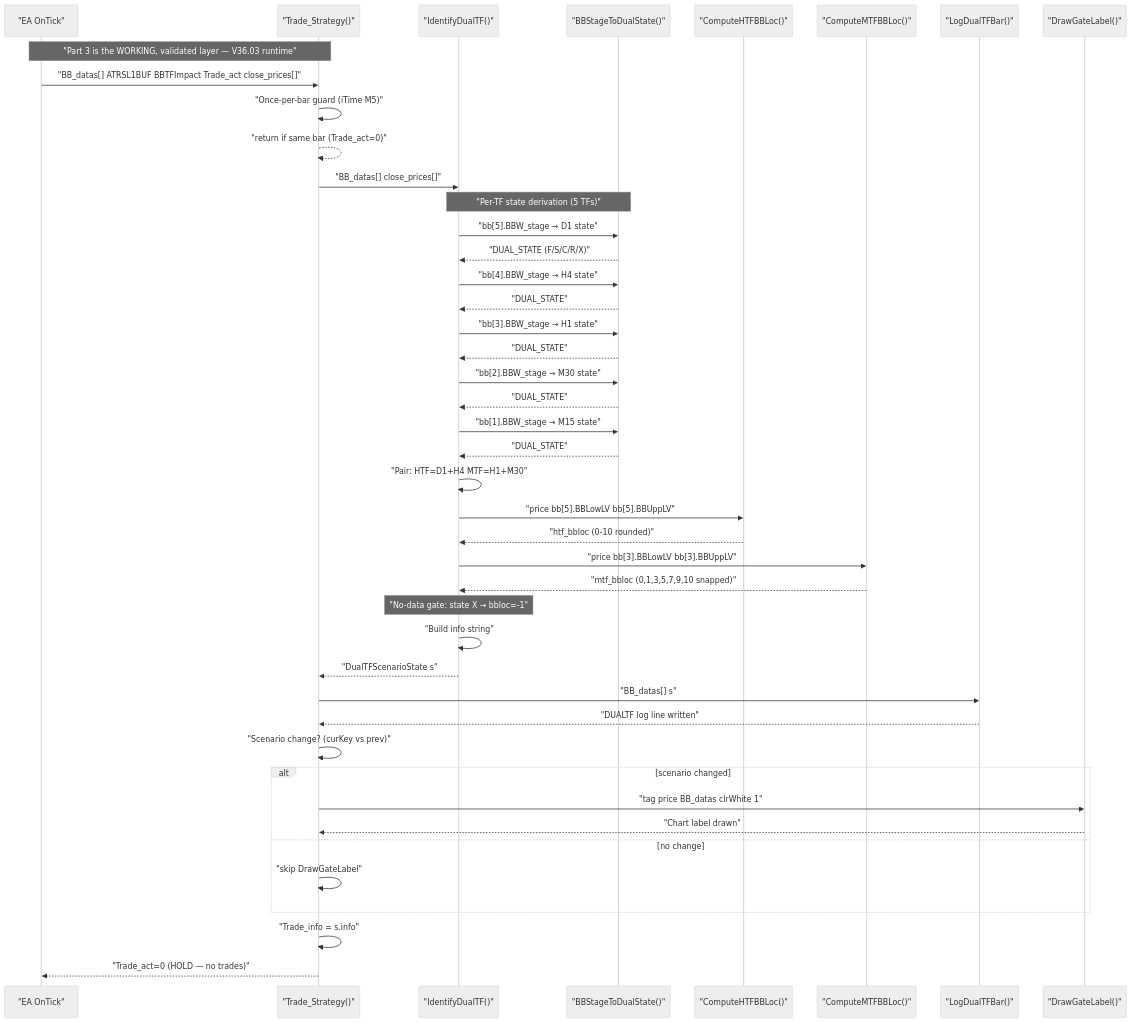
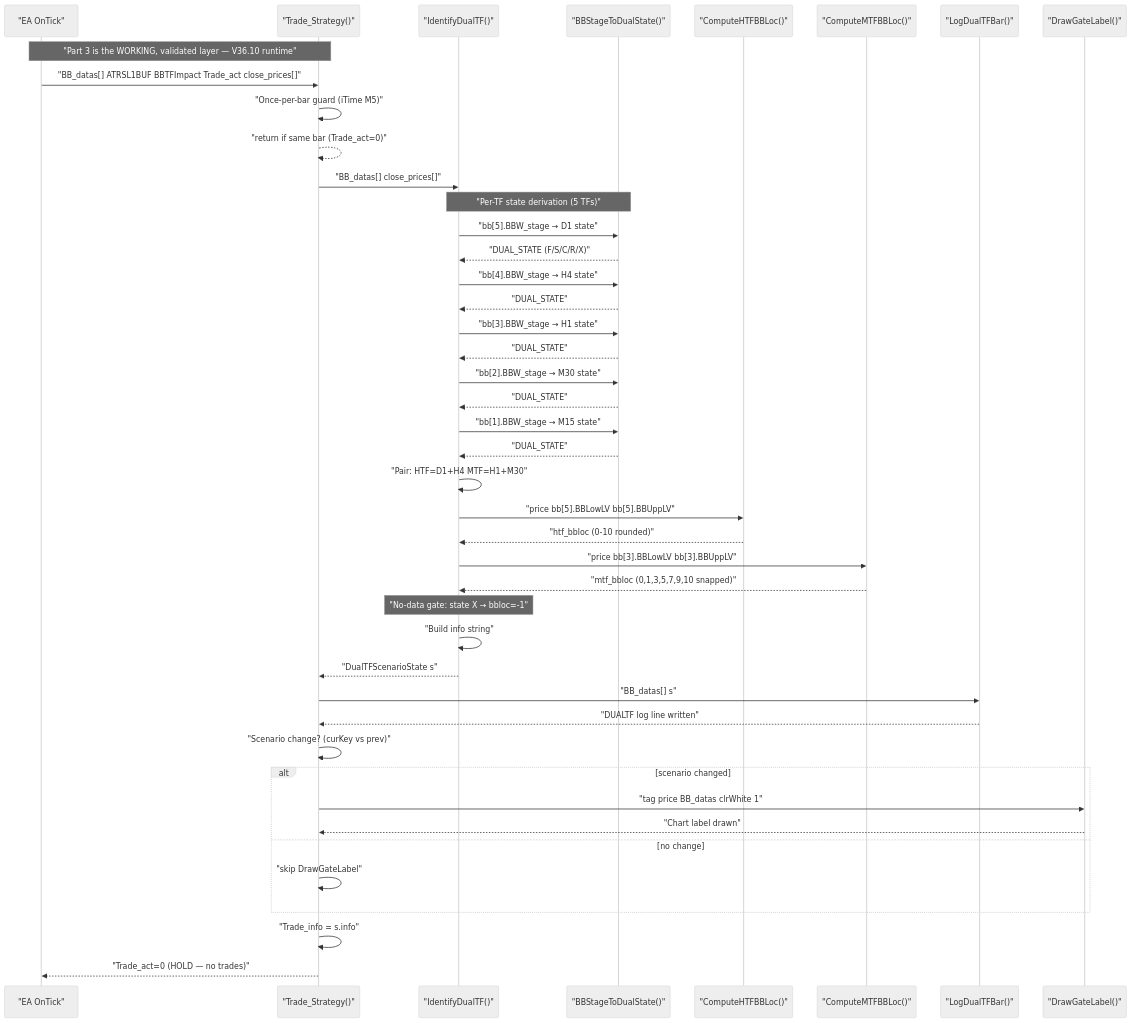
The sixth of 10 diagrams in references/DUALTF_ARCHITECTURE.md (Terrypang89/BB_MTF_M15_STRATEGY), drawn with Mermaid (neutral theme) before and after one commit. The commit also changed other lines of this file and 1 other file, not shown here.

First line of the commit message:
Update DUALTF_ARCHITECTURE to match measured reality

````diff
--- a/references/DUALTF_ARCHITECTURE.md
+++ b/references/DUALTF_ARCHITECTURE.md
@@ -237,57 +252,57 @@
 ```mermaid
 sequenceDiagram
     participant EA as "EA OnTick"
     participant TS as "Trade_Strategy()"
     participant ID as "IdentifyDualTF()"
     participant B2D as "BBStageToDualState()"
     participant HBF as "ComputeHTFBBLoc()"
     participant MBF as "ComputeMTFBBLoc()"
     participant L as "LogDualTFBar()"
     participant DL as "DrawGateLabel()"
 
-    Note over EA,TS: "Part 3 is the WORKING, validated layer — V36.03 runtime"
+    Note over EA,TS: "Part 3 is the WORKING, validated layer — V36.10 runtime"
 
     EA->>TS: "BB_datas[] ATRSL1BUF BBTFImpact Trade_act close_prices[]"
     TS->>TS: "Once-per-bar guard (iTime M5)"
     TS-->>TS: "return if same bar (Trade_act=0)"
 
     TS->>ID: "BB_datas[] close_prices[]"
     Note over ID,B2D: "Per-TF state derivation (5 TFs)"
     ID->>B2D: "bb[5].BBW_stage → D1 state"
     B2D-->>ID: "DUAL_STATE (F/S/C/R/X)"
     ID->>B2D: "bb[4].BBW_stage → H4 state"
     B2D-->>ID: "DUAL_STATE"
     ID->>B2D: "bb[3].BBW_stage → H1 state"
     B2D-->>ID: "DUAL_STATE"
     ID->>B2D: "bb[2].BBW_stage → M30 state"
     B2D-->>ID: "DUAL_STATE"
     ID->>B2D: "bb[1].BBW_stage → M15 state"
     B2D-->>ID: "DUAL_STATE"
 
     ID->>ID: "Pair: HTF=D1+H4 MTF=H1+M30"
 
     ID->>HBF: "price bb[5].BBLowLV bb[5].BBUppLV"
     HBF-->>ID: "htf_bbloc (0-10 rounded)"
 
     ID->>MBF: "price bb[3].BBLowLV bb[3].BBUppLV"
     MBF-->>ID: "mtf_bbloc (0,1,3,5,7,9,10 snapped)"
 
     Note over ID: "No-data gate: state X → bbloc=-1"
 
     ID->>ID: "Build info string"
     ID-->>TS: "DualTFScenarioState s"
 
     TS->>L: "BB_datas[] s"
     L-->>TS: "DUALTF log line written"
 
     TS->>TS: "Scenario change? (curKey vs prev)"
     alt scenario changed
         TS->>DL: "tag price BB_datas clrWhite 1"
         DL-->>TS: "Chart label drawn"
     else no change
         TS->>TS: "skip DrawGateLabel"
     end
 
     TS->>TS: "Trade_info = s.info"
     TS-->>EA: "Trade_act=0 (HOLD — no trades)"
 ```
````
